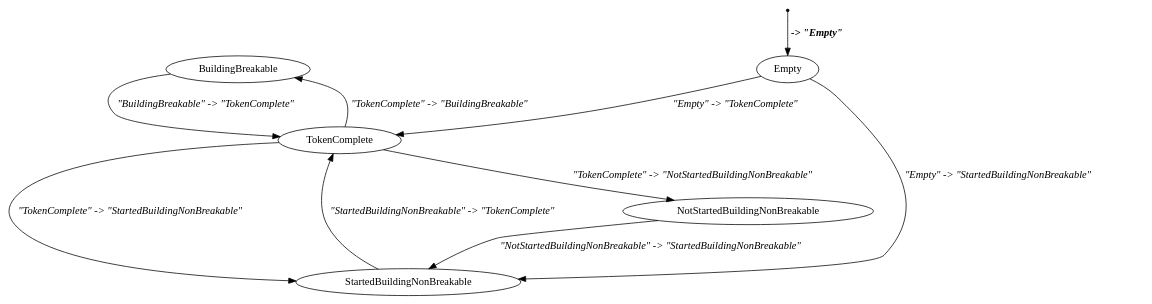
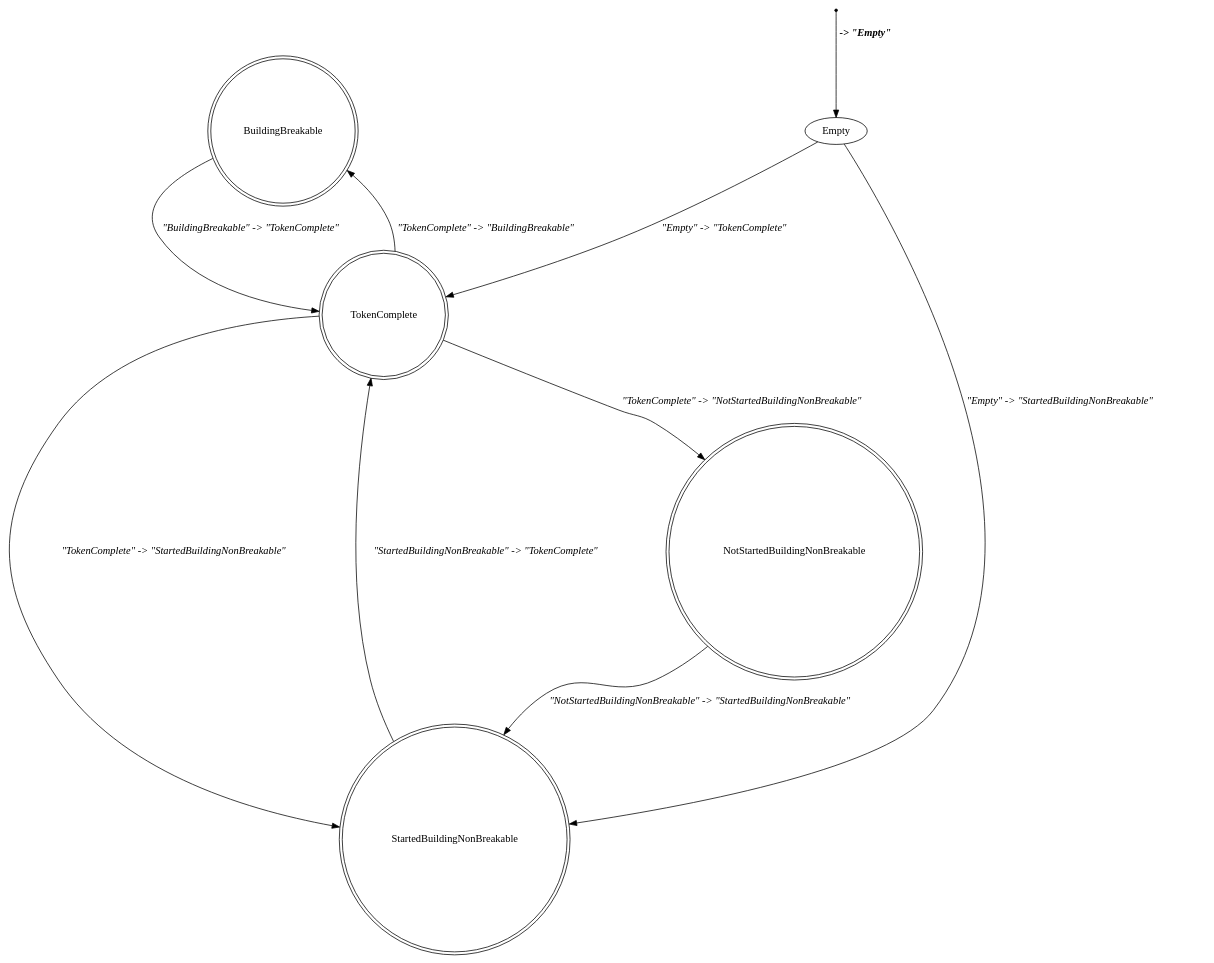
The diagram in docs/tokenising_stm.dot (kieranjwhite/calendar_mirror), drawn with Graphviz before and after one commit. The commit also changed 13 other files, not shown here.

```diff
--- a/docs/tokenising_stm.dot
+++ b/docs/tokenising_stm.dot
@@ -1,17 +1,17 @@
 digraph tokenising_stm {
-    BuildingBreakable[label="BuildingBreakable"][shape="ellipse"];
+    BuildingBreakable[label="BuildingBreakable"][shape="doublecircle"];
     Empty[label="Empty"][shape="ellipse"];
-    NotStartedBuildingNonBreakable[label="NotStartedBuildingNonBreakable"][shape="ellipse"];
-    StartedBuildingNonBreakable[label="StartedBuildingNonBreakable"][shape="ellipse"];
-    TokenComplete[label="TokenComplete"][shape="ellipse"];
+    NotStartedBuildingNonBreakable[label="NotStartedBuildingNonBreakable"][shape="doublecircle"];
+    StartedBuildingNonBreakable[label="StartedBuildingNonBreakable"][shape="doublecircle"];
+    TokenComplete[label="TokenComplete"][shape="doublecircle"];
     _start[label="_start"][shape="point"];
     _start -> Empty[label=<<TABLE BORDER="0"><TR><TD><B><I> -&gt; "Empty"</I></B></TD></TR></TABLE>>];
     TokenComplete -> BuildingBreakable[label=<<TABLE BORDER="0"><TR><TD><I>"TokenComplete" -&gt; "BuildingBreakable"</I></TD></TR></TABLE>>];
     TokenComplete -> NotStartedBuildingNonBreakable[label=<<TABLE BORDER="0"><TR><TD><I>"TokenComplete" -&gt; "NotStartedBuildingNonBreakable"</I></TD></TR></TABLE>>];
     Empty -> StartedBuildingNonBreakable[label=<<TABLE BORDER="0"><TR><TD><I>"Empty" -&gt; "StartedBuildingNonBreakable"</I></TD></TR></TABLE>>];
     NotStartedBuildingNonBreakable -> StartedBuildingNonBreakable[label=<<TABLE BORDER="0"><TR><TD><I>"NotStartedBuildingNonBreakable" -&gt; "StartedBuildingNonBreakable"</I></TD></TR></TABLE>>];
     TokenComplete -> StartedBuildingNonBreakable[label=<<TABLE BORDER="0"><TR><TD><I>"TokenComplete" -&gt; "StartedBuildingNonBreakable"</I></TD></TR></TABLE>>];
     Empty -> TokenComplete[label=<<TABLE BORDER="0"><TR><TD><I>"Empty" -&gt; "TokenComplete"</I></TD></TR></TABLE>>];
     BuildingBreakable -> TokenComplete[label=<<TABLE BORDER="0"><TR><TD><I>"BuildingBreakable" -&gt; "TokenComplete"</I></TD></TR></TABLE>>];
     StartedBuildingNonBreakable -> TokenComplete[label=<<TABLE BORDER="0"><TR><TD><I>"StartedBuildingNonBreakable" -&gt; "TokenComplete"</I></TD></TR></TABLE>>];
 }
```
